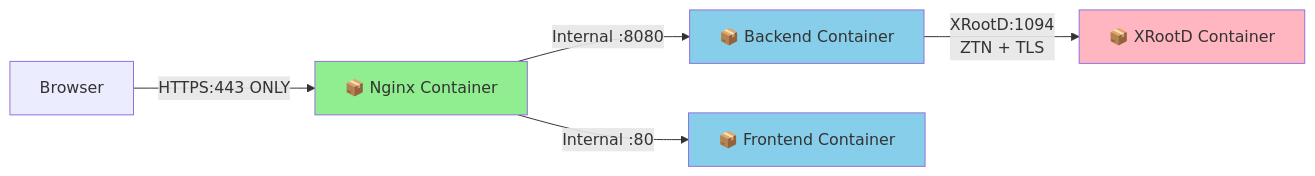
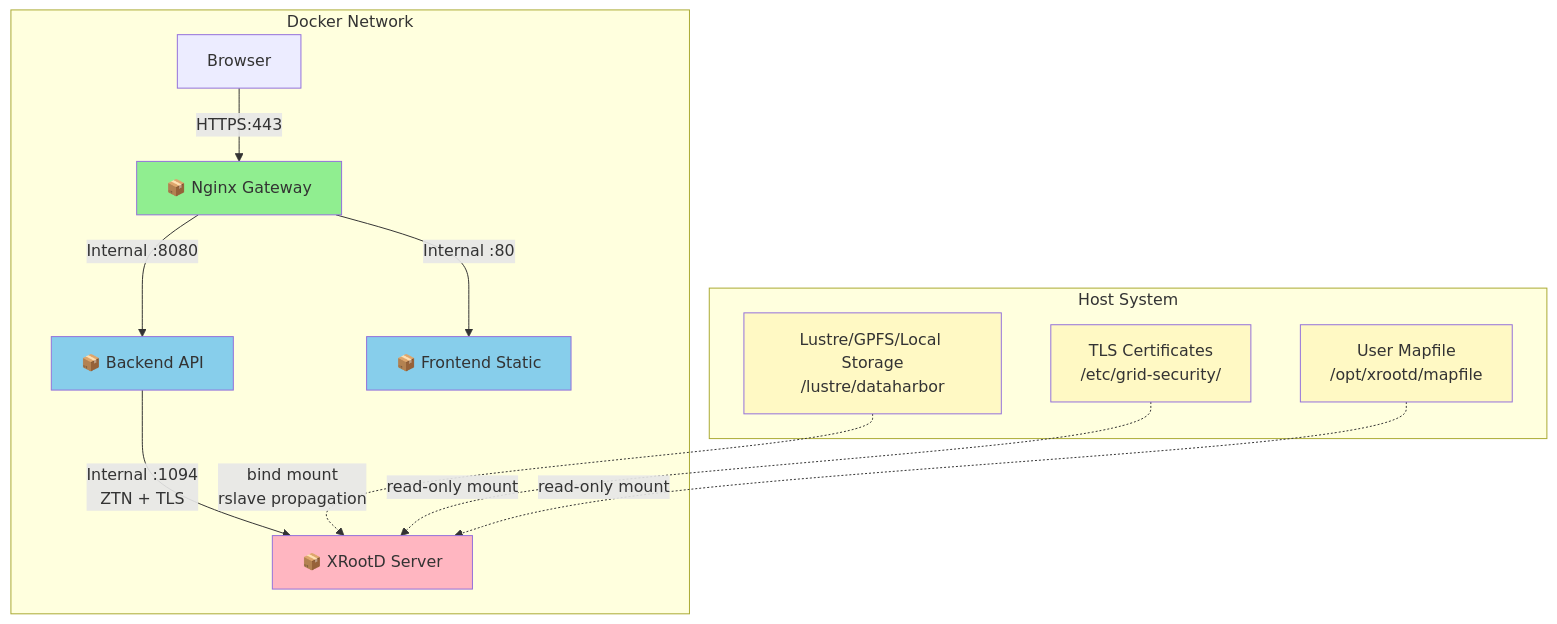
The first of 2 diagrams in docker/README.md (AnarManafov/dataharbor), drawn with Mermaid before and after one commit. The commit also changed other lines of this file and 45 other files, not shown here.

````diff
--- a/docker/README.md
+++ b/docker/README.md
@@ -9,12 +11,27 @@
 ```mermaid
-graph LR
-    Client1[Browser] -->|HTTPS:443 ONLY| NGX1[📦 Nginx Container]
-    NGX1 -->|Internal :8080| BE1[📦 Backend Container]
-    NGX1 -->|Internal :80| FE1[📦 Frontend Container]
-    BE1 -->|XRootD:1094<br/>ZTN + TLS| XRD1[📦 XRootD Container]
+graph TB
+    subgraph "Host System"
+        HostFS[Lustre/GPFS/Local Storage<br/>/lustre/dataharbor]
+        HostCerts[TLS Certificates<br/>/etc/grid-security/]
+        HostMap[User Mapfile<br/>/opt/xrootd/mapfile]
+    end
+    
+    subgraph "Docker Network"
+        Client[Browser] -->|HTTPS:443| NGX1[📦 Nginx Gateway]
+        NGX1 -->|Internal :8080| BE1[📦 Backend API]
+        NGX1 -->|Internal :80| FE1[📦 Frontend Static]
+        BE1 -->|Internal :1094<br/>ZTN + TLS| XRD1[📦 XRootD Server]
+        
+        HostFS -.->|bind mount<br/>rslave propagation| XRD1
+        HostCerts -.->|read-only mount| XRD1
+        HostMap -.->|read-only mount| XRD1
+    end
     
     style NGX1 fill:#90EE90
     style BE1 fill:#87CEEB
     style FE1 fill:#87CEEB
     style XRD1 fill:#FFB6C1
+    style HostFS fill:#FFF9C4
+    style HostCerts fill:#FFF9C4
+    style HostMap fill:#FFF9C4
 ```
````
